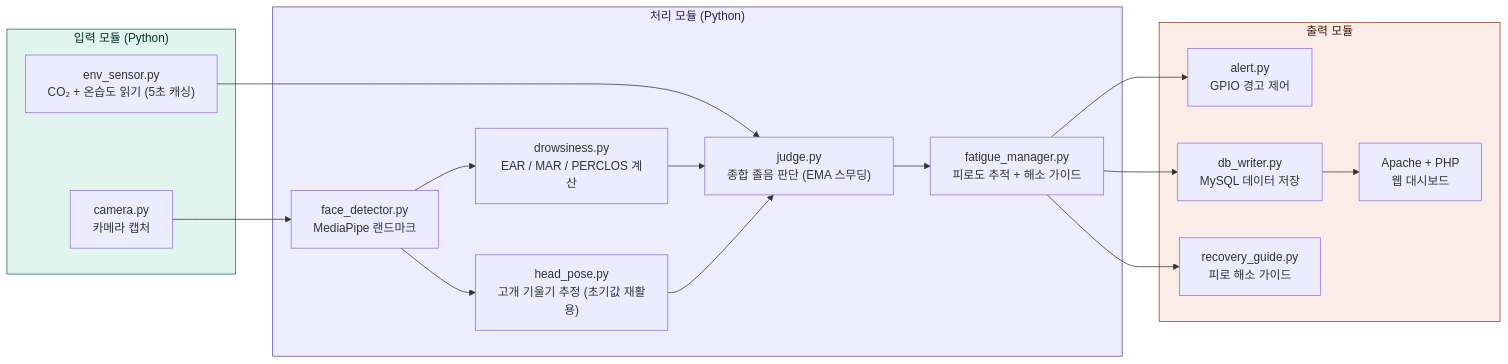
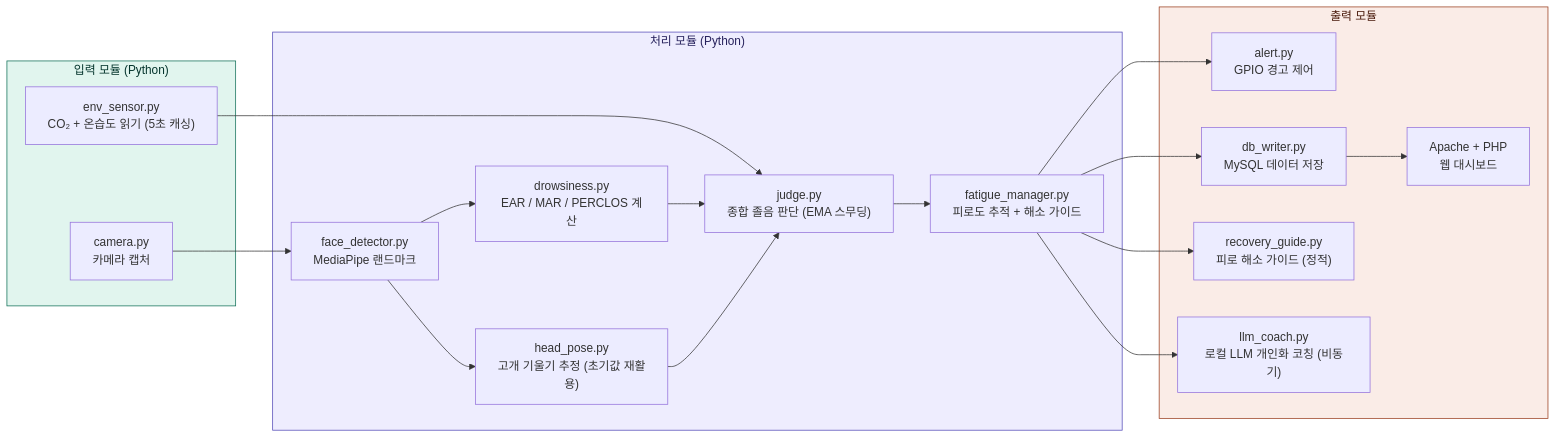
The third of 13 diagrams in project.md (pgh165/capstone), drawn with Mermaid before and after one commit. The commit also changed other lines of this file, not shown here.

First line of the commit message:
project.md에 로컬 LLM 코치 내용 반영

````diff
--- a/project.md
+++ b/project.md
@@ -132,38 +136,40 @@
 ```mermaid
 graph LR
     subgraph INPUT["입력 모듈 (Python)"]
         A1["camera.py<br/>카메라 캡처"]
         A2["env_sensor.py<br/>CO₂ + 온습도 읽기 (5초 캐싱)"]
     end
 
     subgraph PROCESS["처리 모듈 (Python)"]
         B1["face_detector.py<br/>MediaPipe 랜드마크"]
         B2["drowsiness.py<br/>EAR / MAR / PERCLOS 계산"]
         B3["head_pose.py<br/>고개 기울기 추정 (초기값 재활용)"]
         B4["judge.py<br/>종합 졸음 판단 (EMA 스무딩)"]
         B5["fatigue_manager.py<br/>피로도 추적 + 해소 가이드"]
     end
 
     subgraph OUTPUT["출력 모듈"]
         C1["alert.py<br/>GPIO 경고 제어"]
         C2["db_writer.py<br/>MySQL 데이터 저장"]
-        C3["recovery_guide.py<br/>피로 해소 가이드"]
+        C3["recovery_guide.py<br/>피로 해소 가이드 (정적)"]
+        C5["llm_coach.py<br/>로컬 LLM 개인화 코칭 (비동기)"]
         C4["Apache + PHP<br/>웹 대시보드"]
     end
 
     A1 --> B1
     A2 --> B4
     B1 --> B2
     B1 --> B3
     B2 --> B4
     B3 --> B4
     B4 --> B5
     B5 --> C1
     B5 --> C2
     B5 --> C3
+    B5 --> C5
     C2 --> C4
 
     style INPUT fill:#E1F5EE,stroke:#0F6E56,color:#04342C
     style PROCESS fill:#EEEDFE,stroke:#534AB7,color:#26215C
     style OUTPUT fill:#FAECE7,stroke:#993C1D,color:#4A1B0C
 ```
````
